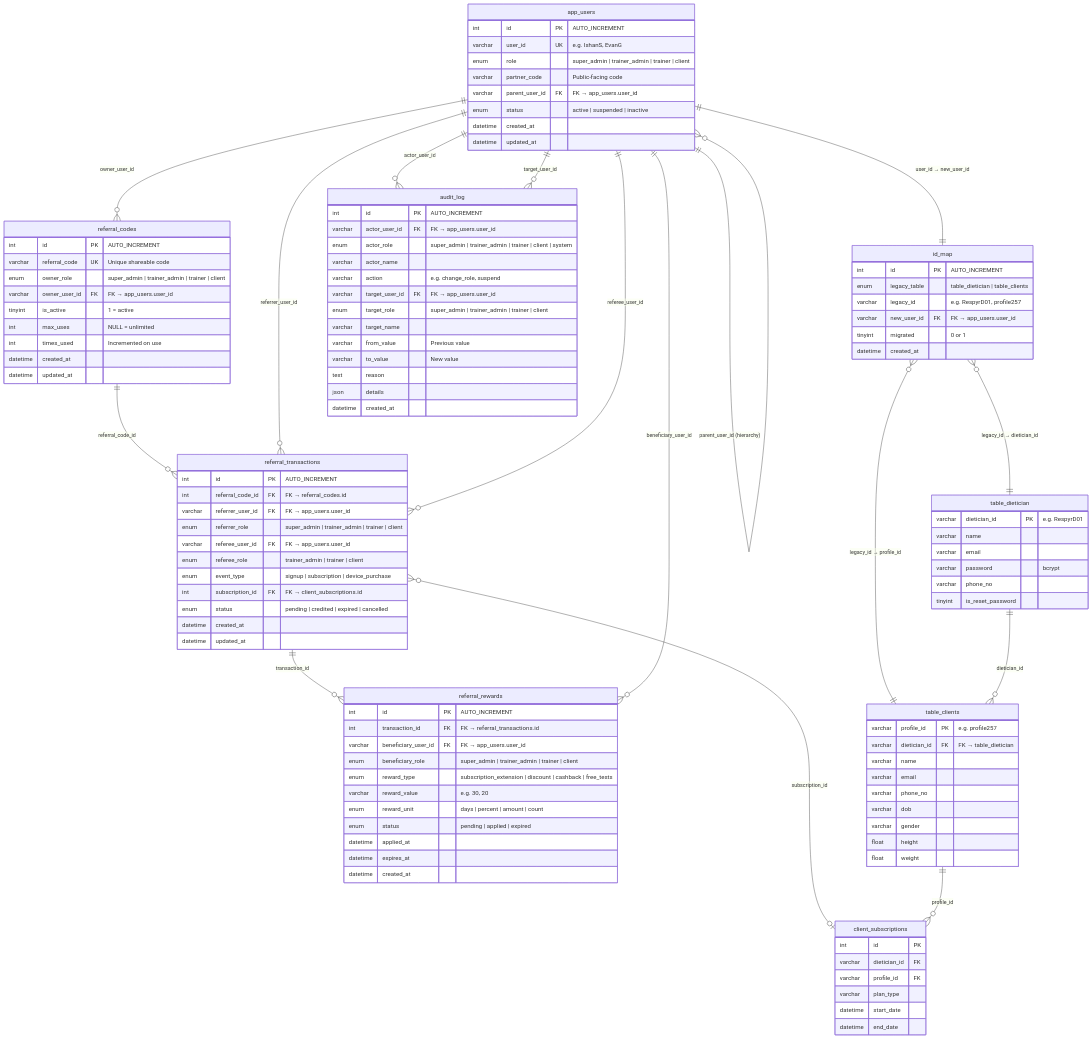
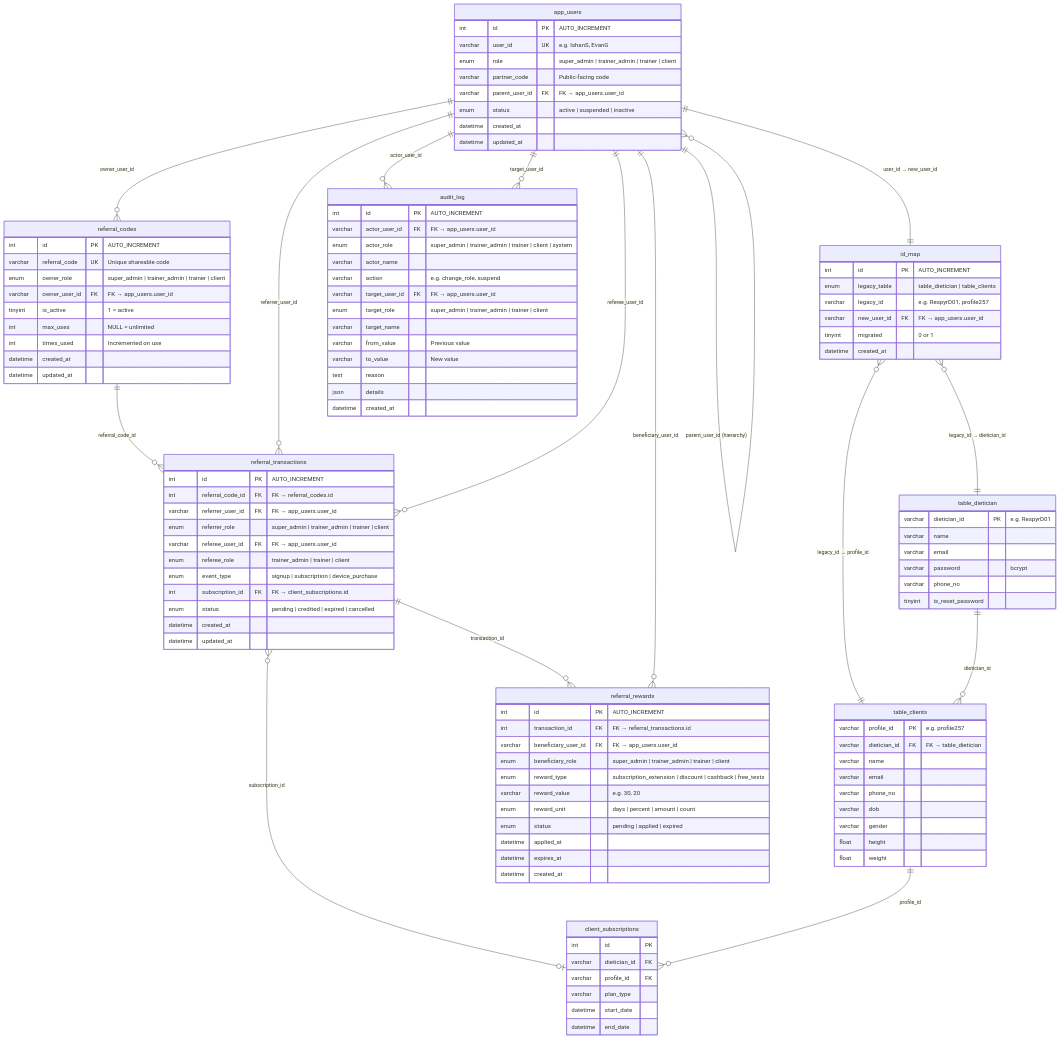
One commit to humors2025/DieticianDashboardAppUSA-Testing changed the diagram in db-migrations/003_er_diagram.md. Above: the diagram before and after it, drawn with Mermaid.

Commit message:
Move legacy tables (table_dietician) to top of ER diagram
Chandan requested table_dietician be shown first since it's the
source of truth for credentials and profile data.

````diff
--- a/db-migrations/003_er_diagram.md
+++ b/db-migrations/003_er_diagram.md
@@ -6,5 +6,39 @@
 ```mermaid
 erDiagram
+    %% ============================================================
+    %% LEGACY TABLES (existing — not altered, shown first for context)
+    %% ============================================================
+
+    table_dietician {
+        varchar dietician_id PK "e.g. RespyrD01"
+        varchar name
+        varchar email
+        varchar password "bcrypt"
+        varchar phone_no
+        tinyint is_reset_password
+    }
+
+    table_clients {
+        varchar profile_id PK "e.g. profile257"
+        varchar dietician_id FK "FK → table_dietician"
+        varchar name
+        varchar email
+        varchar phone_no
+        varchar dob
+        varchar gender
+        float height
+        float weight
+    }
+
+    client_subscriptions {
+        int id PK
+        varchar dietician_id FK
+        varchar profile_id FK
+        varchar plan_type
+        datetime start_date
+        datetime end_date
+    }
+
     %% ============================================================
     %% NEW TABLES (6)
     %% ============================================================
@@ -86,40 +120,6 @@
     }
 
     %% ============================================================
-    %% LEGACY TABLES (not altered — shown for context)
-    %% ============================================================
-
-    table_dietician {
-        varchar dietician_id PK "e.g. RespyrD01"
-        varchar name
-        varchar email
-        varchar password "bcrypt"
-        varchar phone_no
-        tinyint is_reset_password
-    }
-
-    table_clients {
-        varchar profile_id PK "e.g. profile257"
-        varchar dietician_id FK "FK → table_dietician"
-        varchar name
-        varchar email
-        varchar phone_no
-        varchar dob
-        varchar gender
-        float height
-        float weight
-    }
-
-    client_subscriptions {
-        int id PK
-        varchar dietician_id FK
-        varchar profile_id FK
-        varchar plan_type
-        datetime start_date
-        datetime end_date
-    }
-
-    %% ============================================================
     %% RELATIONSHIPS
     %% ============================================================
 
````
